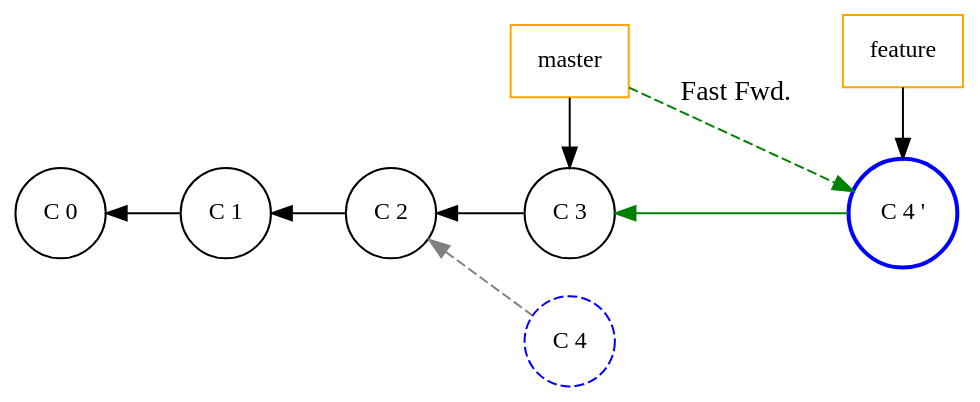
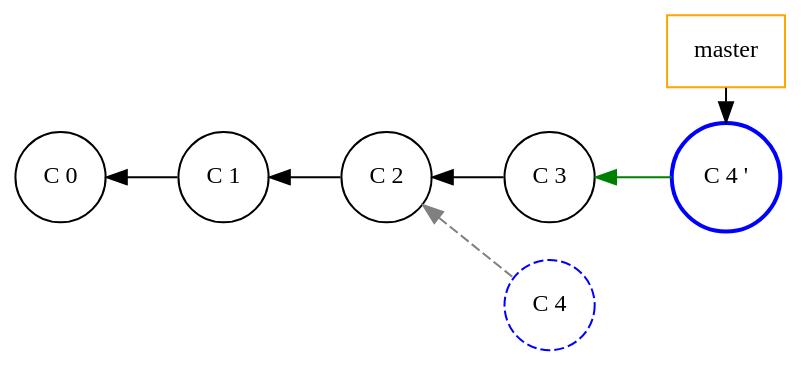
Before and after one commit to Gepardec/git-training: the diagram in slides/intro/src/docs/asciidoc/graphviz/git-rebase-2.dot, drawn with Graphviz. The commit also changed 15 other files, not shown here.

Commit message:
- Modified README.adoc to explain how to install graphviz - Modified graphs of theoretical part - Finished theoretical part

```diff
--- a/slides/intro/src/docs/asciidoc/graphviz/git-rebase-2.dot
+++ b/slides/intro/src/docs/asciidoc/graphviz/git-rebase-2.dot
@@ -1,38 +1,34 @@
 digraph git_merge_fast_fwd {
     splines=line
     rankdir=LR
     bgcolor=transparent
 
     node[shape=rect,fontsize=12.0, style="", color=orange]
     edge[dir=back, style=""]
     master [label="master"]
-    feature [label="feature"]
 
     node[shape=circle,fontsize=12.0, style="", color=""]
     edge[dir=back, style=""]
 
     c_0 [label="C 0", group=master]
     c_1 [label="C 1", group=master]
     c_2 [label="C 2", group=master]
     c_3 [label="C 3", group=master]
 
     /* Marked nodes */
     node[shape=circle, color=blue, style=bold]
     c_4 [label="C 4 '", group=master]
     node[style=dashed]
     c_4_ [label="C 4", group=branch]
 
     edge[style=""]
     c_0 -> c_1 -> c_2
     c_2 -> c_3
-    master -> c_3 [dir=""]
-    feature -> c_4 [dir=""]
+    master -> c_4 [dir=""]
     edge[color=green]
     c_3 -> c_4
-    master -> c_4[style=dashed, label="Fast Fwd.", dir=""]
     edge[color=gray, style=dashed]
     c_2 -> c_4_
 
-    {rank=same; c_3 c_4_ master}
-    {rank=same; c_4 feature}
+    {rank=same; c_4 master}
 }
```
